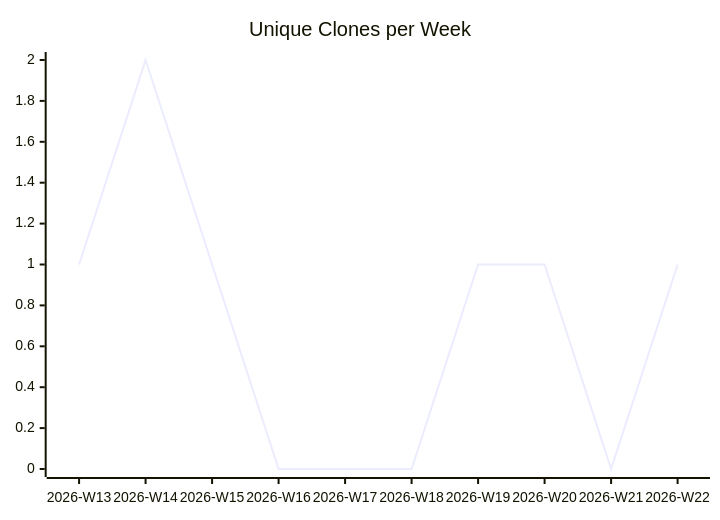
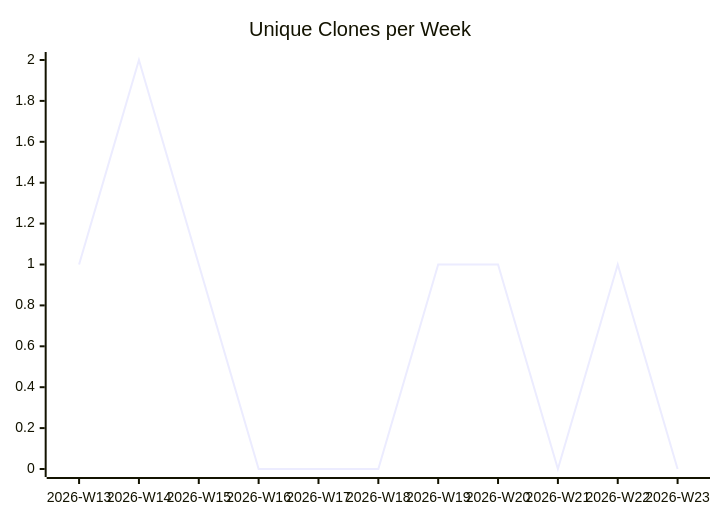
Before and after one commit to justdavis-family/github-analytics-data: the third of 3 diagrams in karlmdavis/ansible-jenkins/README.md, drawn with Mermaid. The commit also changed other lines of this file and 186 other files, not shown here.

````diff
--- a/karlmdavis/ansible-jenkins/README.md
+++ b/karlmdavis/ansible-jenkins/README.md
@@ -19,6 +19,6 @@
 ```mermaid
 xychart-beta
   title "Unique Clones per Week"
-  x-axis ["2026-W13", "2026-W14", "2026-W15", "2026-W16", "2026-W17", "2026-W18", "2026-W19", "2026-W20", "2026-W21", "2026-W22"]
-  line [1, 2, 1, 0, 0, 0, 1, 1, 0, 1]
+  x-axis ["2026-W13", "2026-W14", "2026-W15", "2026-W16", "2026-W17", "2026-W18", "2026-W19", "2026-W20", "2026-W21", "2026-W22", "2026-W23"]
+  line [1, 2, 1, 0, 0, 0, 1, 1, 0, 1, 0]
 ```
````
